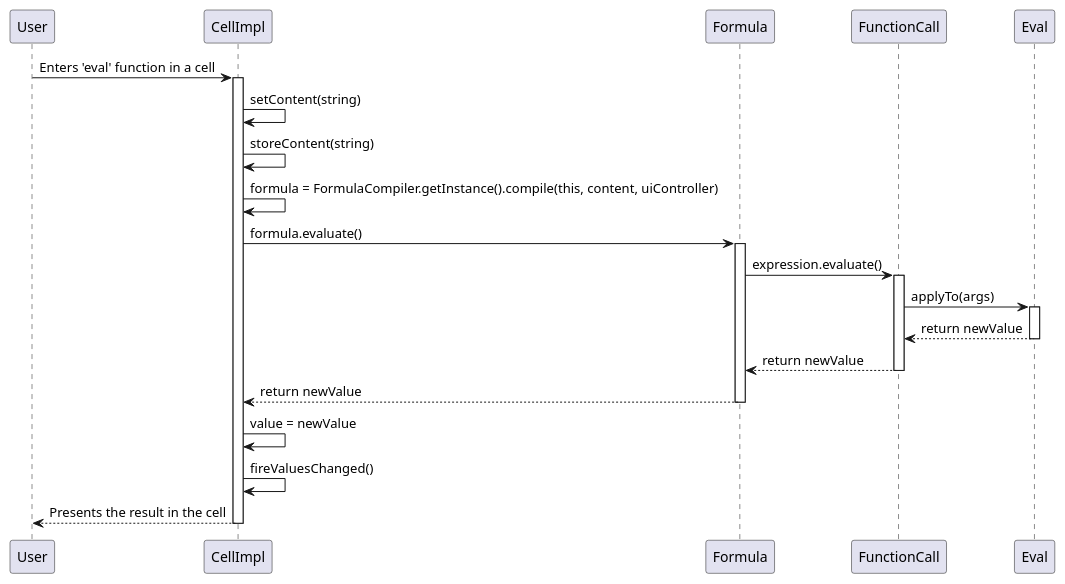
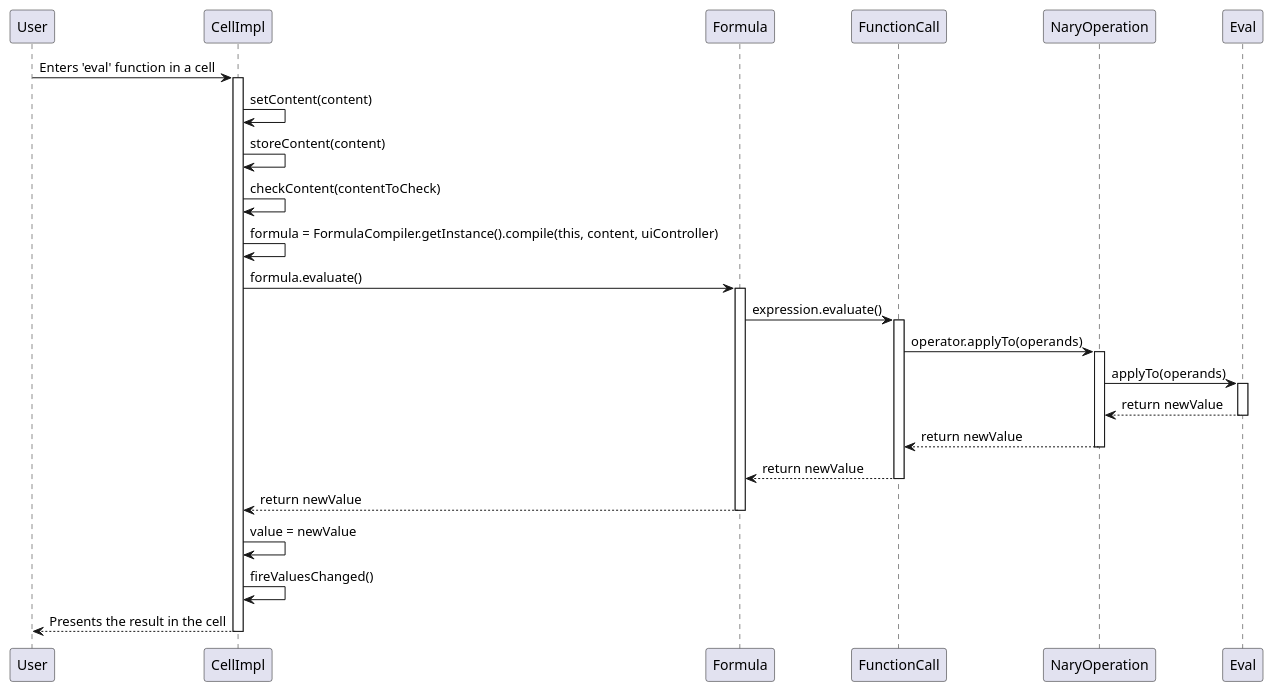
The diagram in src/main/java/lapr4/green/s3/lang/n1150901/evalAndWhileLoops/us53_design_1.puml (MikeTekOn/lapr4-2017-2dd), drawn with PlantUML before and after one commit. The commit also changed 5 other files, not shown here.

```diff
--- a/src/main/java/lapr4/green/s3/lang/n1150901/evalAndWhileLoops/us53_design_1.puml
+++ b/src/main/java/lapr4/green/s3/lang/n1150901/evalAndWhileLoops/us53_design_1.puml
@@ -1,37 +1,45 @@
 @startuml lang01_3_design1.png
 
     participant "User" as user
     participant "CellImpl" as cell
     participant "Formula" as f
     participant "FunctionCall" as fc
+    participant "NaryOperation" as nary
     participant "Eval" as eval
     
     user -> cell : Enters 'eval' function in a cell
     activate cell
-        cell -> cell : setContent(string)
-        cell -> cell : storeContent(string)
+        cell -> cell : setContent(content)
+        cell -> cell : storeContent(content)
+        cell -> cell : checkContent(contentToCheck)
         cell -> cell : formula = FormulaCompiler.getInstance().compile(this, content, uiController)
         cell -> f : formula.evaluate()
 
         activate f
             f -> fc : expression.evaluate()
 
             activate fc
-                fc -> eval : applyTo(args)
+                fc -> nary : operator.applyTo(operands)
 
-                activate eval
-                    fc <-- eval : return newValue
-                deactivate eval
+                    activate nary
+                        nary -> eval : applyTo(operands)
+
+                                activate eval
+                                    nary <-- eval : return newValue
+                                deactivate eval
+
+                        fc <-- nary : return newValue
+                    deactivate nary
 
                 f <-- fc : return newValue
             deactivate fc
 
             cell <-- f : return newValue
         deactivate f
 
         cell -> cell : value = newValue
         cell -> cell : fireValuesChanged()
 
         user <-- cell : Presents the result in the cell
     deactivate cell
 @enduml
```
